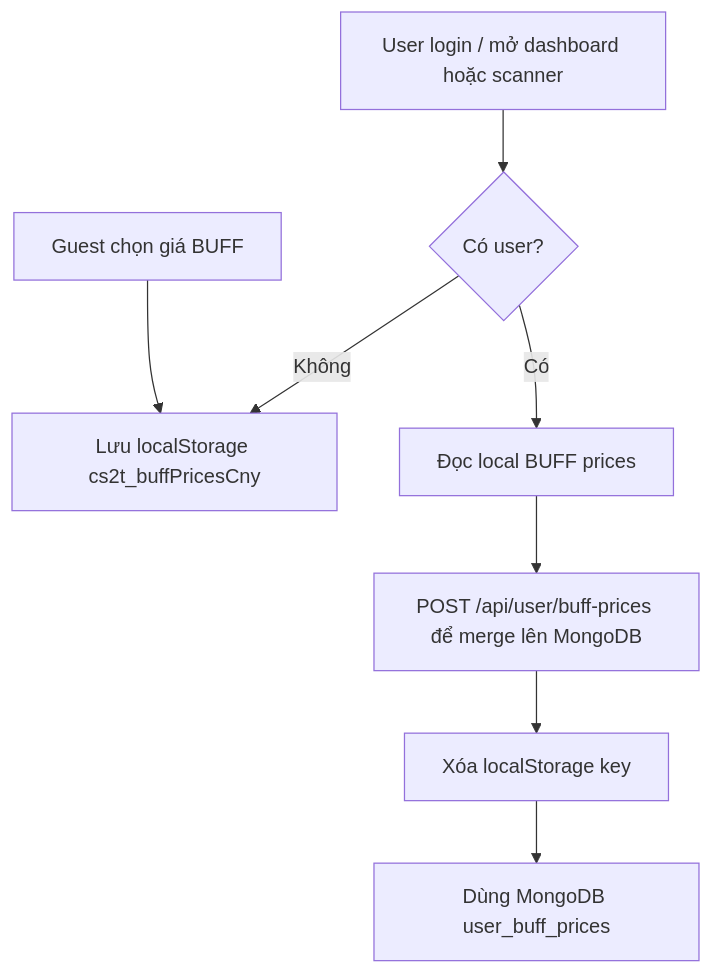
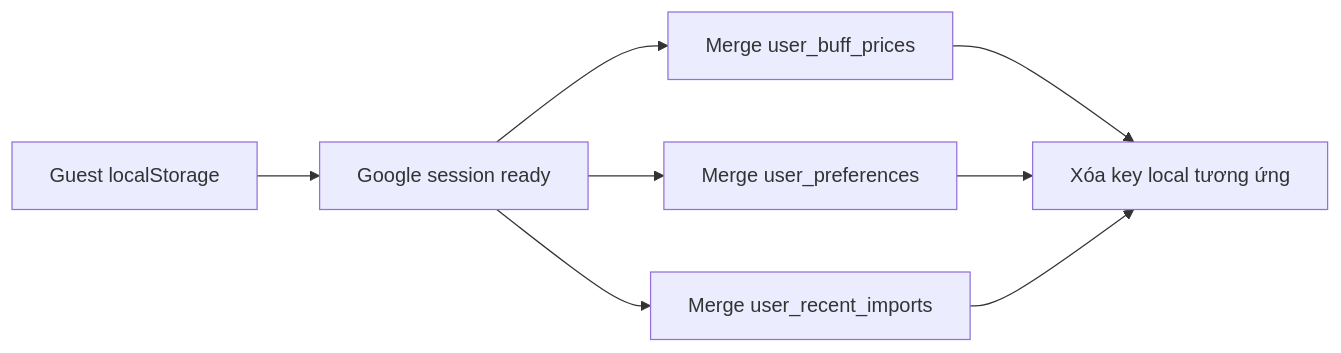
Before and after one commit to fumodayo/cs2-tracking: the second of 3 diagrams in docs/ARCHITECTURE.md, drawn with Mermaid. The commit also changed other lines of this file and 3 other files, not shown here.

First line of the commit message:
docs: revise project documentation to reflect current architecture

````diff
--- a/docs/ARCHITECTURE.md
+++ b/docs/ARCHITECTURE.md
@@ -132,10 +128,10 @@
 ```mermaid
-flowchart TD
-    A["Guest chọn giá BUFF"] --> B["Lưu localStorage cs2t_buffPricesCny"]
-    C["User login / mở dashboard hoặc scanner"] --> D{"Có user?"}
-    D -->|Không| B
-    D -->|Có| E["Đọc local BUFF prices"]
-    E --> F["POST /api/user/buff-prices để merge lên MongoDB"]
-    F --> G["Xóa localStorage key"]
-    G --> H["Dùng MongoDB user_buff_prices"]
+flowchart LR
+    GuestLocal["Guest localStorage"] --> Session["Google session ready"]
+    Session --> Buff["Merge user_buff_prices"]
+    Session --> Pref["Merge user_preferences"]
+    Session --> Recent["Merge user_recent_imports"]
+    Buff --> Cleanup["Xóa key local tương ứng"]
+    Pref --> Cleanup
+    Recent --> Cleanup
 ```
````
